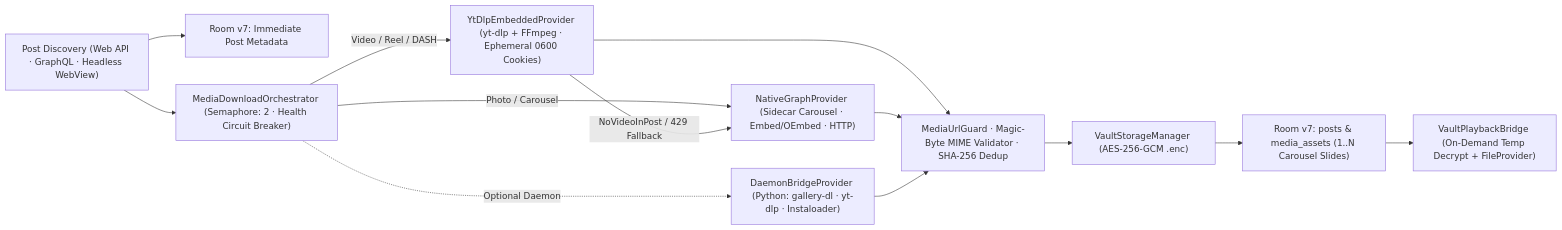
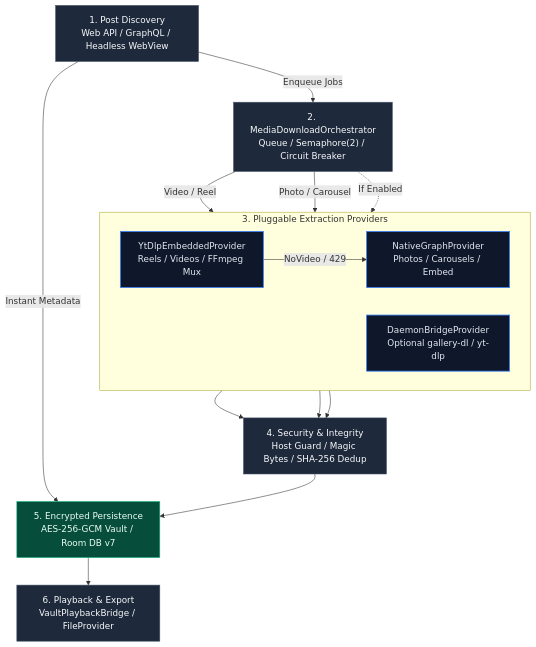
The second of 2 diagrams in README.md (ramilseferov/instalogger), drawn with Mermaid before and after one commit. The commit also changed other lines of this file and 1 other file, not shown here.

Commit message:
docs(architecture): redesign Mermaid diagrams for vertical GitHub rendering and fix parser syntax

````diff
--- a/README.md
+++ b/README.md
@@ -56,15 +56,35 @@
 ```mermaid
-flowchart LR
-    Discovery["Post Discovery (Web API · GraphQL · Headless WebView)"] --> DBMeta["Room v7: Immediate Post Metadata"]
-    Discovery --> Queue["MediaDownloadOrchestrator (Semaphore: 2 · Health Circuit Breaker)"]
-    Queue -->|"Video / Reel / DASH"| YtDlp["YtDlpEmbeddedProvider (yt-dlp + FFmpeg · Ephemeral 0600 Cookies)"]
-    Queue -->|"Photo / Carousel"| Native["NativeGraphProvider (Sidecar Carousel · Embed/OEmbed · HTTP)"]
-    Queue -. "Optional Daemon" .-> Daemon["DaemonBridgeProvider (Python: gallery-dl · yt-dlp · Instaloader)"]
-    YtDlp -->|"NoVideoInPost / 429 Fallback"| Native
-    YtDlp --> Integrity["MediaUrlGuard · Magic-Byte MIME Validator · SHA-256 Dedup"]
-    Native --> Integrity
-    Daemon --> Integrity
-    Integrity --> Vault["VaultStorageManager (AES-256-GCM .enc)"]
-    Vault --> DBAssets["Room v7: posts & media_assets (1..N Carousel Slides)"]
-    DBAssets --> Playback["VaultPlaybackBridge (On-Demand Temp Decrypt + FileProvider)"]
+flowchart TB
+    A["1. Post Discovery<br/>Web API / GraphQL / Headless WebView"]
+    B["2. MediaDownloadOrchestrator<br/>Queue / Semaphore(2) / Circuit Breaker"]
+
+    subgraph Providers["3. Pluggable Extraction Providers"]
+        direction LR
+        P1["YtDlpEmbeddedProvider<br/>Reels / Videos / FFmpeg Mux"]
+        P2["NativeGraphProvider<br/>Photos / Carousels / Embed"]
+        P3["DaemonBridgeProvider<br/>Optional gallery-dl / yt-dlp"]
+    end
+
+    C["4. Security & Integrity<br/>Host Guard / Magic Bytes / SHA-256 Dedup"]
+    D["5. Encrypted Persistence<br/>AES-256-GCM Vault / Room DB v7"]
+    E["6. Playback & Export<br/>VaultPlaybackBridge / FileProvider"]
+
+    A -->|"Instant Metadata"| D
+    A -->|"Enqueue Jobs"| B
+    B -->|"Video / Reel"| P1
+    B -->|"Photo / Carousel"| P2
+    B -. "If Enabled" .-> P3
+    P1 -->|"NoVideo / 429"| P2
+    P1 --> C
+    P2 --> C
+    P3 --> C
+    C --> D
+    D --> E
+
+    classDef stage fill:#1e293b,stroke:#475569,color:#f8fafc,stroke-width:1px;
+    classDef engine fill:#0f172a,stroke:#3b82f6,color:#e2e8f0,stroke-width:1.5px;
+    classDef store fill:#064e3b,stroke:#10b981,color:#ecfdf5,stroke-width:1px;
+    class A,B,C,E stage;
+    class P1,P2,P3 engine;
+    class D store;
 ```
````
